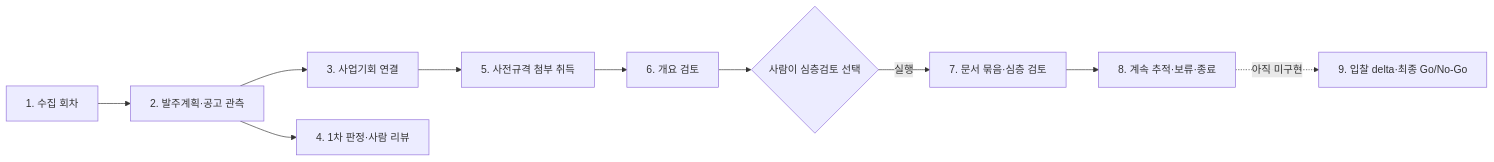
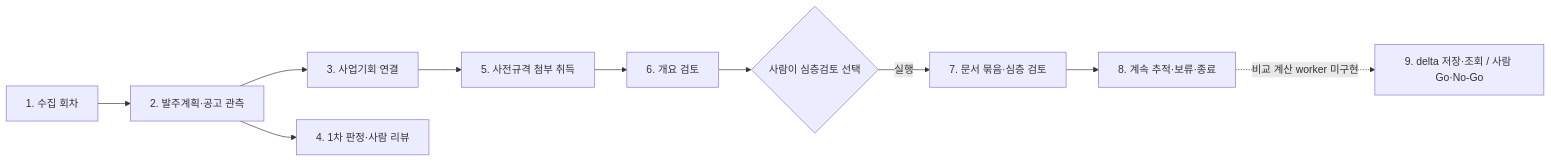
Before and after one commit to jechoiyyy/bidops: the diagram in docs/database-guide.md, drawn with Mermaid. The commit also changed other lines of this file and 70 other files, not shown here.

````diff
--- a/docs/database-guide.md
+++ b/docs/database-guide.md
@@ -82,12 +75,12 @@
 ```mermaid
 flowchart LR
     A[1. 수집 회차] --> B[2. 발주계획·공고 관측]
     B --> C[3. 사업기회 연결]
     B --> D[4. 1차 판정·사람 리뷰]
     C --> E[5. 사전규격 첨부 취득]
     E --> F[6. 개요 검토]
     F --> G{사람이 심층검토 선택}
     G -->|실행| H[7. 문서 묶음·심층 검토]
     H --> I[8. 계속 추적·보류·종료]
-    I -. 아직 미구현 .-> J[9. 입찰 delta·최종 Go/No-Go]
+    I -. 비교 계산 worker 미구현 .-> J[9. delta 저장·조회 / 사람 Go·No-Go]
 ```
````
